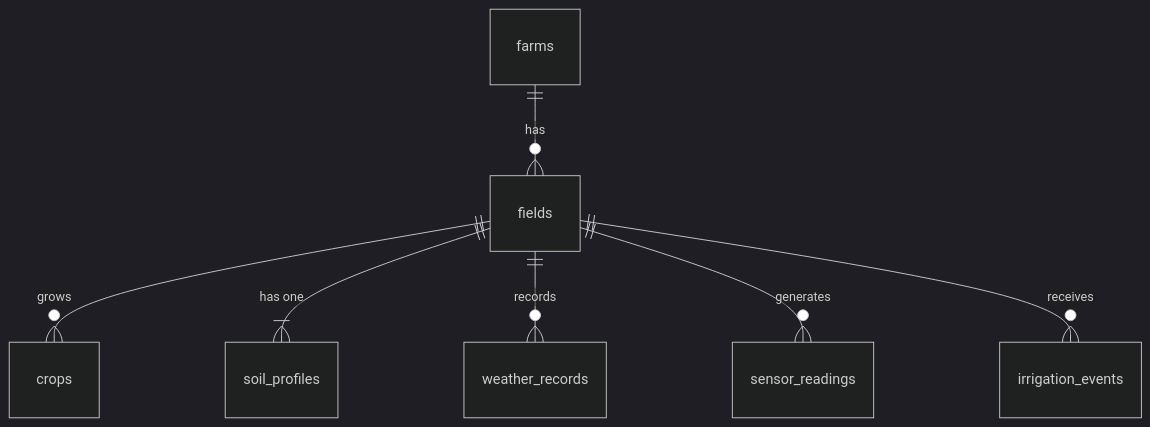
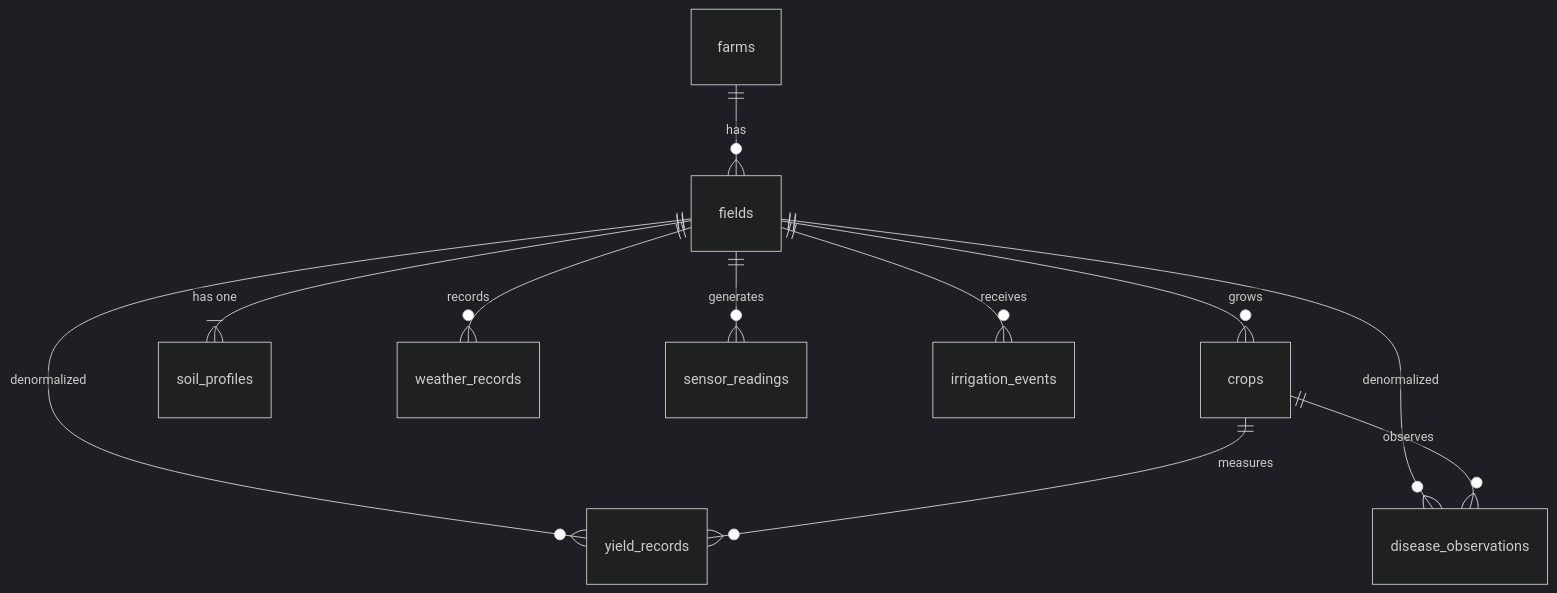
One commit to santoshnarayanan/AGRIFLOW-AI changed the diagram in docs/03-database.md. Above: the diagram before and after it, drawn with Mermaid (dark theme). The commit also changed other lines of this file and 1 other file, not shown here.

````diff
--- a/docs/03-database.md
+++ b/docs/03-database.md
@@ -12,9 +12,13 @@
 ```mermaid
 erDiagram
     farms ||--o{ fields : "has"
     fields ||--o{ crops : "grows"
     fields ||--|{ soil_profiles : "has one"
     fields ||--o{ weather_records : "records"
     fields ||--o{ sensor_readings : "generates"
     fields ||--o{ irrigation_events : "receives"
+    fields ||--o{ yield_records : "denormalized"
+    fields ||--o{ disease_observations : "denormalized"
+    crops ||--o{ yield_records : "measures"
+    crops ||--o{ disease_observations : "observes"
 ```
````
